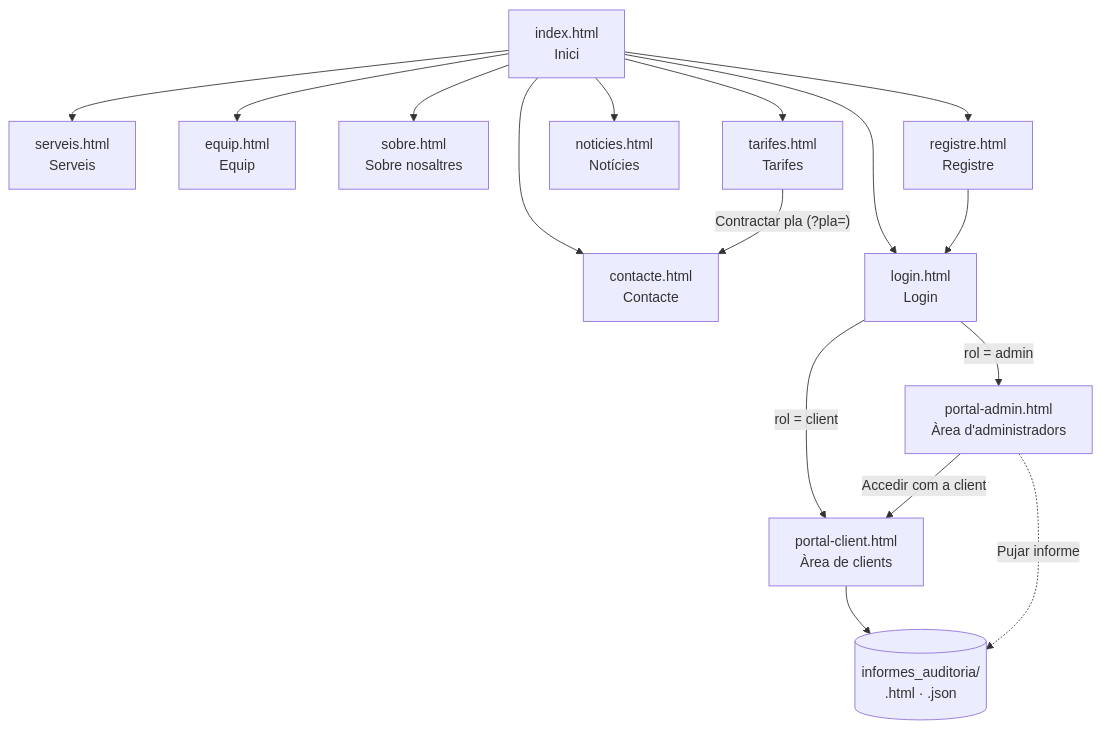
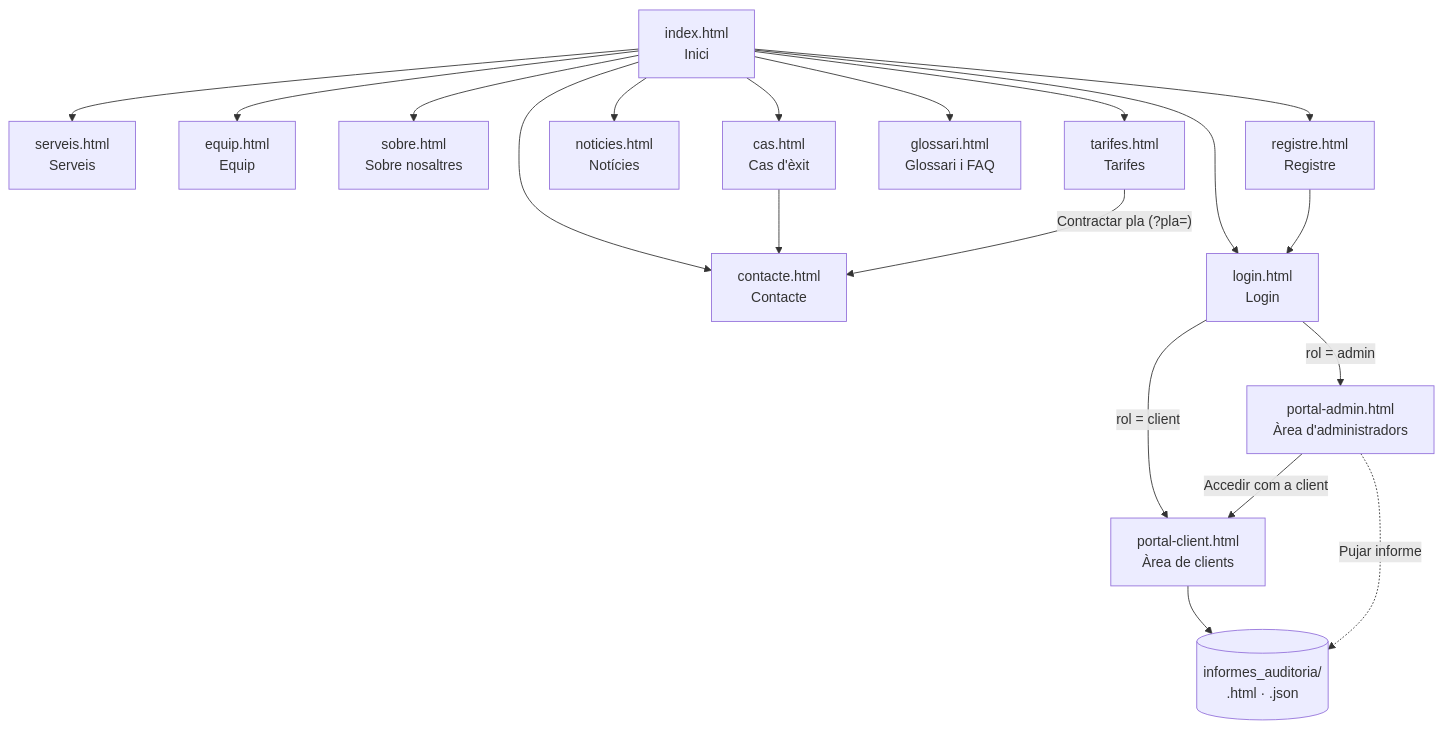
One commit to pauserra-IE/PROJECTE-INTERMODULAR changed the diagram in docs/documentacio_landing_page.md. Above: the diagram before and after it, drawn with Mermaid. The commit also changed other lines of this file and 17 other files, not shown here.

First line of the commit message:
Web més completa: cas d'èxit, glossari i FAQ, calculadora, 404 i Open Graph

````diff
--- a/docs/documentacio_landing_page.md
+++ b/docs/documentacio_landing_page.md
@@ -65,18 +68,21 @@
 ```mermaid
 flowchart TD
     A[index.html<br/>Inici] --> B[serveis.html<br/>Serveis]
     A --> C[equip.html<br/>Equip]
     A --> D[sobre.html<br/>Sobre nosaltres]
     A --> E[tarifes.html<br/>Tarifes]
     A --> F[noticies.html<br/>Notícies]
     A --> G[contacte.html<br/>Contacte]
+    A --> CS[cas.html<br/>Cas d'èxit]
+    A --> GL[glossari.html<br/>Glossari i FAQ]
+    CS --> G
     E -- "Contractar pla (?pla=)" --> G
     A --> R[registre.html<br/>Registre]
     A --> L[login.html<br/>Login]
     R --> L
     L -- "rol = client" --> PC[portal-client.html<br/>Àrea de clients]
     L -- "rol = admin" --> PA[portal-admin.html<br/>Àrea d'administradors]
     PA -- "Accedir com a client" --> PC
     PC --> INF[(informes_auditoria/<br/>.html · .json)]
     PA -. "Pujar informe" .-> INF
 ```
````
